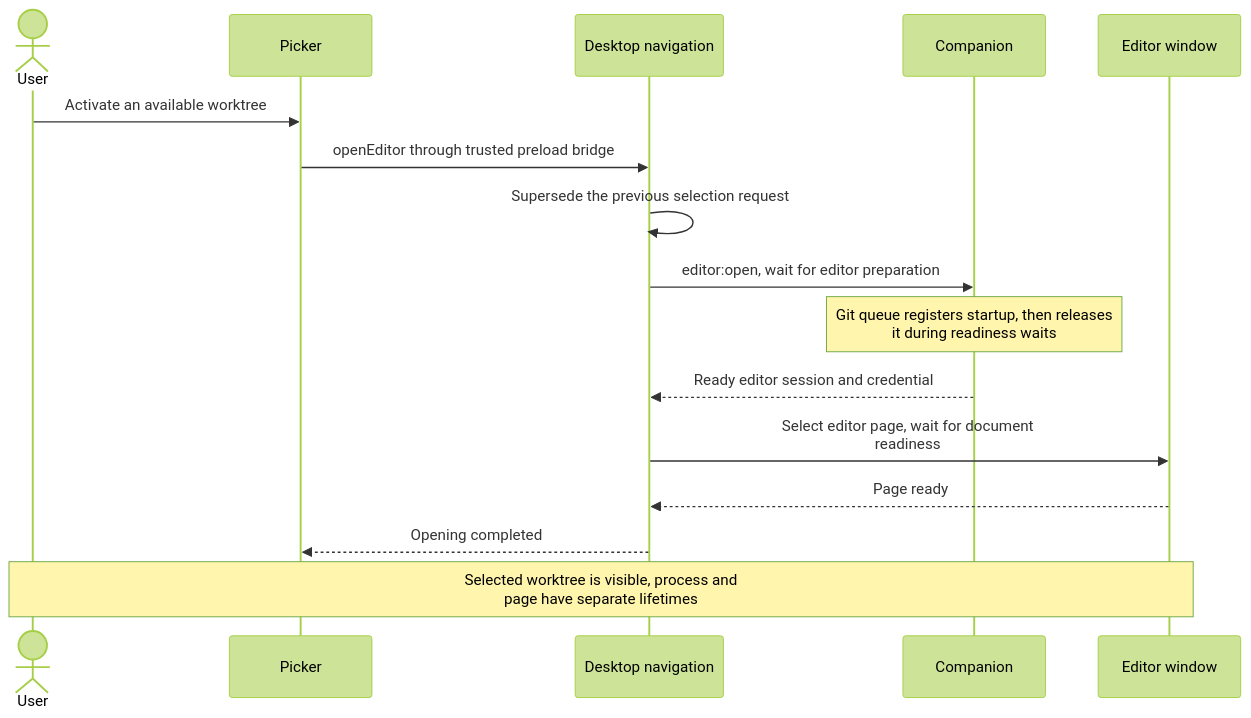
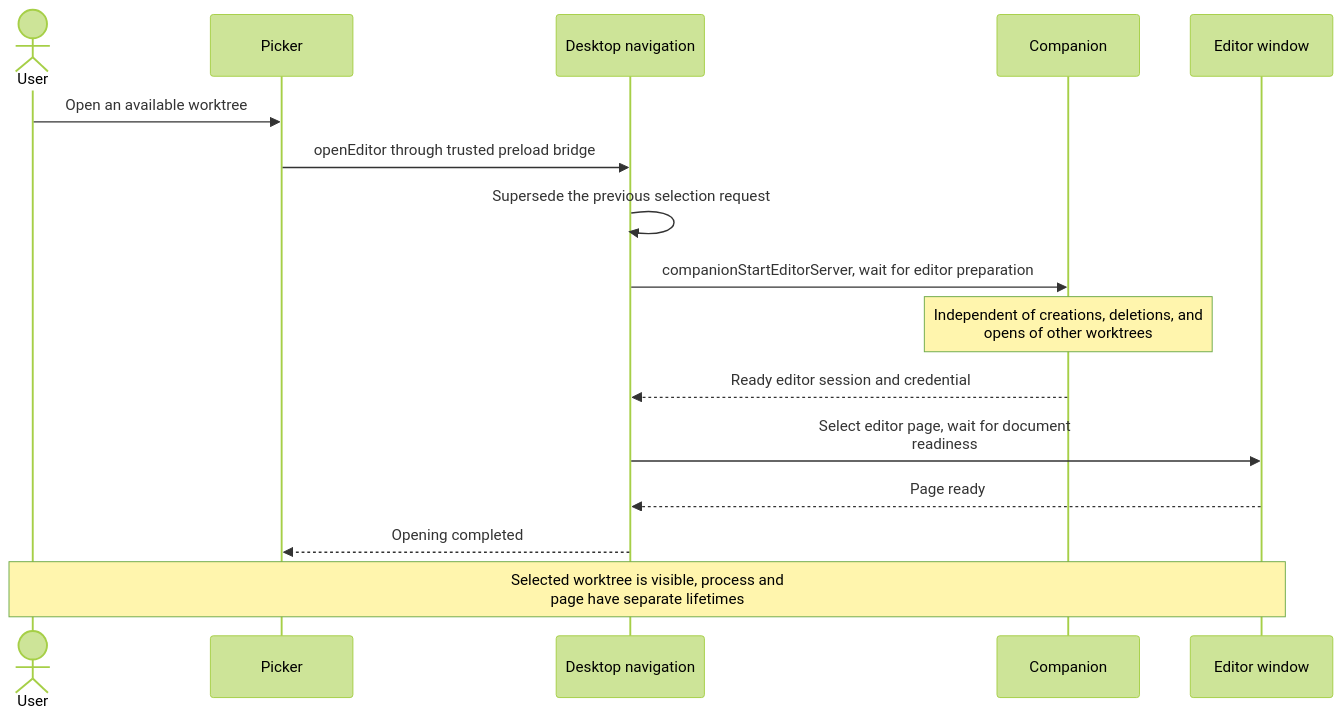
One commit to takeshibaconsuzuki/ade-overlay changed the fourth of 8 diagrams in workflows/desktop.md. Above: the diagram before and after it, drawn with Mermaid (forest theme). The commit also changed other lines of this file and 70 other files, not shown here.

````diff
--- a/workflows/desktop.md
+++ b/workflows/desktop.md
@@ -74,18 +76,18 @@
 ```mermaid
 sequenceDiagram
     actor User
     participant Picker
     participant Main as Desktop navigation
     participant Server as Companion
     participant Window as Editor window
-    User->>Picker: Activate an available worktree
+    User->>Picker: Open an available worktree
     Picker->>Main: openEditor through trusted preload bridge
     Main->>Main: Supersede the previous selection request
-    Main->>Server: editor:open, wait for editor preparation
-    Note over Server: Git queue registers startup, then releases<br/>it during readiness waits
+    Main->>Server: companionStartEditorServer, wait for editor preparation
+    Note over Server: Independent of creations, deletions, and<br/>opens of other worktrees
     Server-->>Main: Ready editor session and credential
     Main->>Window: Select editor page, wait for document<br/>readiness
     Window-->>Main: Page ready
     Main-->>Picker: Opening completed
     Note over User,Window: Selected worktree is visible, process and<br/>page have separate lifetimes
 ```
````
